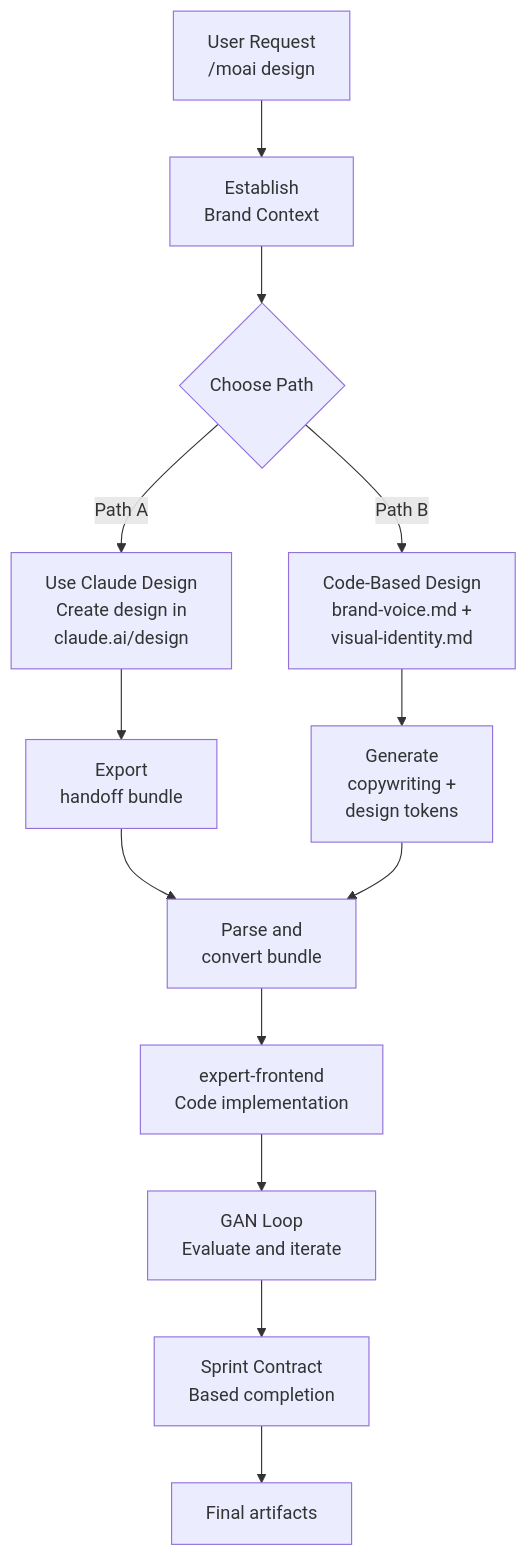
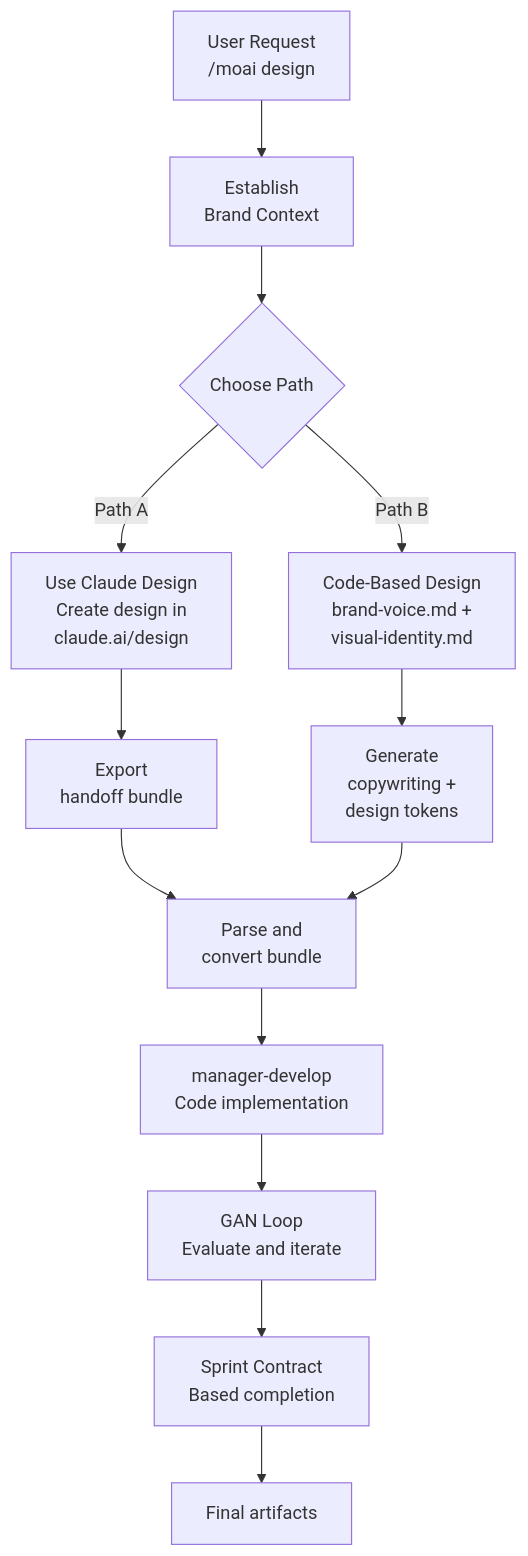
The diagram in docs-site/content/en/design/_index.md (modu-ai/moai-adk), drawn with Mermaid before and after one commit. The commit also changed 153 other files, not shown here.

````diff
--- a/docs-site/content/en/design/_index.md
+++ b/docs-site/content/en/design/_index.md
@@ -14,15 +14,15 @@
 ```mermaid
 flowchart TD
     A["User Request<br>/moai design"] --> B["Establish<br>Brand Context"]
     B --> C{Choose Path}
     C -->|Path A| D["Use Claude Design<br>Create design in<br>claude.ai/design"]
     C -->|Path B| E["Code-Based Design<br>brand-voice.md +<br>visual-identity.md"]
     D --> F["Export<br>handoff bundle"]
     E --> G["Generate<br>copywriting +<br>design tokens"]
     F --> H["Parse and<br>convert bundle"]
     G --> H
-    H --> I["expert-frontend<br>Code implementation"]
+    H --> I["manager-develop<br>Code implementation"]
     I --> J["GAN Loop<br>Evaluate and iterate"]
     J --> K["Sprint Contract<br>Based completion"]
     K --> L["Final artifacts"]
 ```
````
